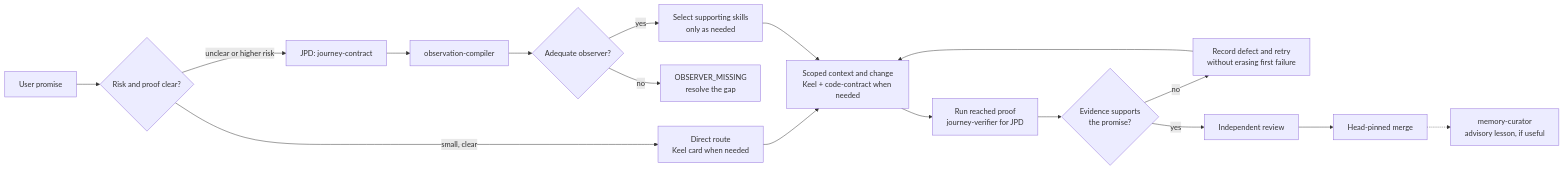
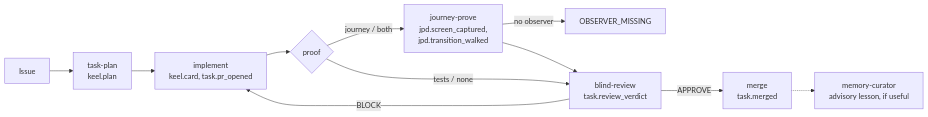
The diagram in docs/skills/README.md (stabem/GraphHelm), drawn with Mermaid before and after one commit. The commit also changed other lines of this file and 33 other files, not shown here.

First line of the commit message:
feat(skills): one skill per task-graph step; fold the rest (#385)

````diff
--- a/docs/skills/README.md
+++ b/docs/skills/README.md
@@ -20,19 +20,13 @@
 ```mermaid
 flowchart LR
-  A["User promise"] --> B{"Risk and proof clear?"}
-  B -->|"small, clear"| D["Direct route<br/>Keel card when needed"]
-  B -->|"unclear or higher risk"| J["JPD: journey-contract"]
-  J --> O["observation-compiler"]
-  O --> Q{"Adequate observer?"}
-  Q -->|"no"| M["OBSERVER_MISSING<br/>resolve the gap"]
-  Q -->|"yes"| C["Select supporting skills<br/>only as needed"]
-  D --> K["Scoped context and change<br/>Keel + code-contract when needed"]
-  C --> K
-  K --> P["Run reached proof<br/>journey-verifier for JPD"]
-  P --> E{"Evidence supports<br/>the promise?"}
-  E -->|"no"| F["Record defect and retry<br/>without erasing first failure"]
-  F --> K
-  E -->|"yes"| R["Independent review"]
-  R --> G["Head-pinned merge"]
+  I["Issue"] --> P["task-plan<br/>keel.plan"]
+  P --> M["implement<br/>keel.card, task.pr_opened"]
+  M --> J{"proof"}
+  J -->|"journey / both"| V["journey-prove<br/>jpd.screen_captured,<br/>jpd.transition_walked"]
+  J -->|"tests / none"| R
+  V -->|"no observer"| X["OBSERVER_MISSING"]
+  V --> R["blind-review<br/>task.review_verdict"]
+  R -->|"BLOCK"| M
+  R -->|"APPROVE"| G["merge<br/>task.merged"]
   G -.-> L["memory-curator<br/>advisory lesson, if useful"]
 ```
````
